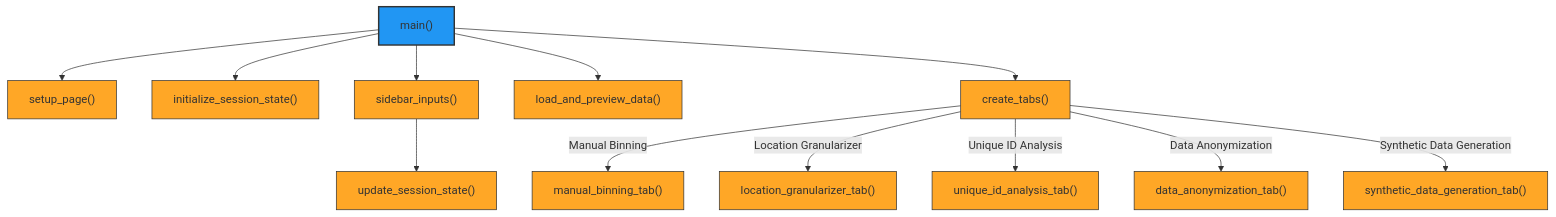
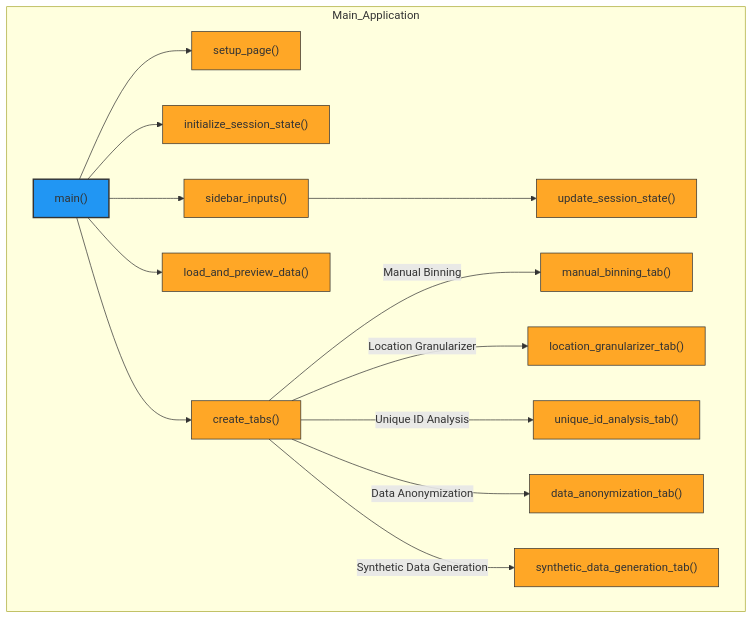
One commit to MaLoskins/Deidentification_App changed the first of 4 diagrams in README.md. Above: the diagram before and after it, drawn with Mermaid.

````diff
--- a/README.md
+++ b/README.md
@@ -73,27 +73,26 @@
 ```mermaid
 flowchart TD
     %% Define styles for clarity
     classDef mainModule fill:#2196F3,stroke:#333,stroke-width:2px, font-weight:bold; %% Main Module - Blue
     classDef functionStyle fill:#FFA726,stroke:#333,stroke-width:1px; %% Functions - Darker orange
     classDef classStyle fill:#AB47BC,stroke:#222,stroke-width:1px; %% Classes - Purple
     classDef scriptStyle fill:#4CAF50,stroke:#222,stroke-width:1px; %% Scripts - Green
+    subgraph Main_Application
+      %% Main Application Module
+      main["main()"]:::functionStyle --> setup_page["setup_page()"]:::functionStyle
+      main --> initialize_session_state["initialize_session_state()"]:::functionStyle
+      main --> sidebar_inputs["sidebar_inputs()"]:::functionStyle
+      main --> load_and_preview_data["load_and_preview_data()"]:::functionStyle
+      main --> create_tabs["create_tabs()"]:::functionStyle
 
-    %% Main Application Module
-    main["main()"]:::functionStyle --> setup_page["setup_page()"]:::functionStyle
-    main --> initialize_session_state["initialize_session_state()"]:::functionStyle
-    main --> sidebar_inputs["sidebar_inputs()"]:::functionStyle
-    main --> load_and_preview_data["load_and_preview_data()"]:::functionStyle
-    main --> create_tabs["create_tabs()"]:::functionStyle
+      sidebar_inputs --> update_session_state["update_session_state()"]:::functionStyle
 
-    sidebar_inputs --> update_session_state["update_session_state()"]:::functionStyle
+      create_tabs -->|Manual Binning| manual_binning_tab["manual_binning_tab()"]:::functionStyle
+      create_tabs -->|Location Granularizer| location_granularizer_tab["location_granularizer_tab()"]:::functionStyle
+      create_tabs -->|Unique ID Analysis| unique_id_analysis_tab["unique_id_analysis_tab()"]:::functionStyle
+      create_tabs -->|Data Anonymization| data_anonymization_tab["data_anonymization_tab()"]:::functionStyle
+      create_tabs -->|Synthetic Data Generation| synthetic_data_generation_tab["synthetic_data_generation_tab()"]:::functionStyle
 
-    create_tabs -->|Manual Binning| manual_binning_tab["manual_binning_tab()"]:::functionStyle
-    create_tabs -->|Location Granularizer| location_granularizer_tab["location_granularizer_tab()"]:::functionStyle
-    create_tabs -->|Unique ID Analysis| unique_id_analysis_tab["unique_id_analysis_tab()"]:::functionStyle
-    create_tabs -->|Data Anonymization| data_anonymization_tab["data_anonymization_tab()"]:::functionStyle
-    create_tabs -->|Synthetic Data Generation| synthetic_data_generation_tab["synthetic_data_generation_tab()"]:::functionStyle
-
-    class main mainModule;
-
-
+      class main mainModule;
+  end
 ```
````
